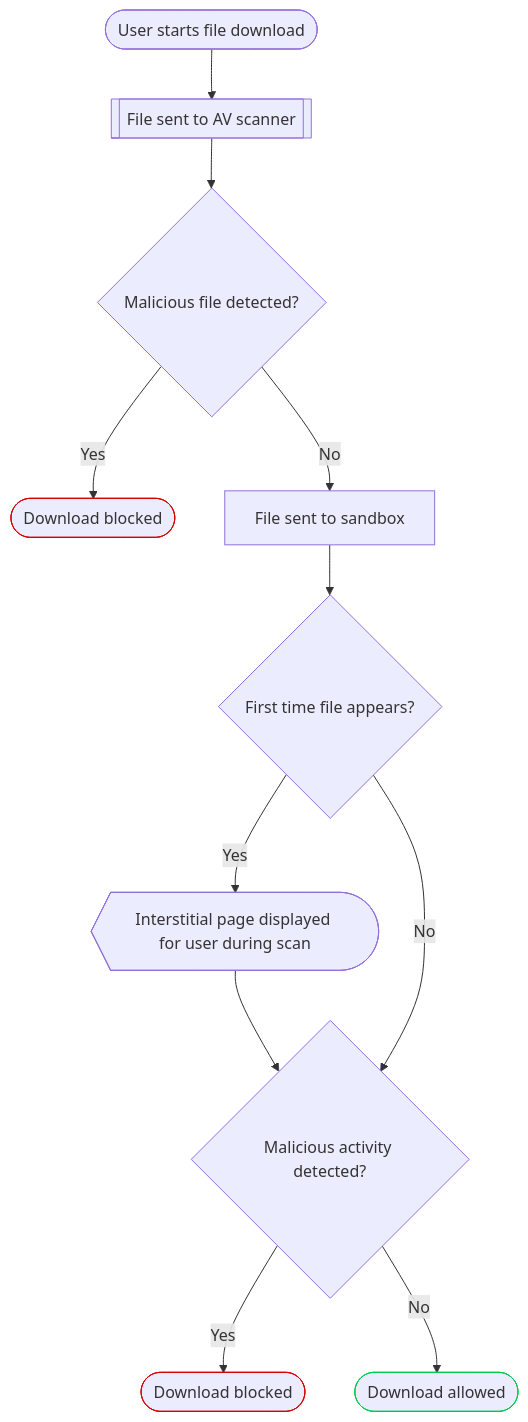
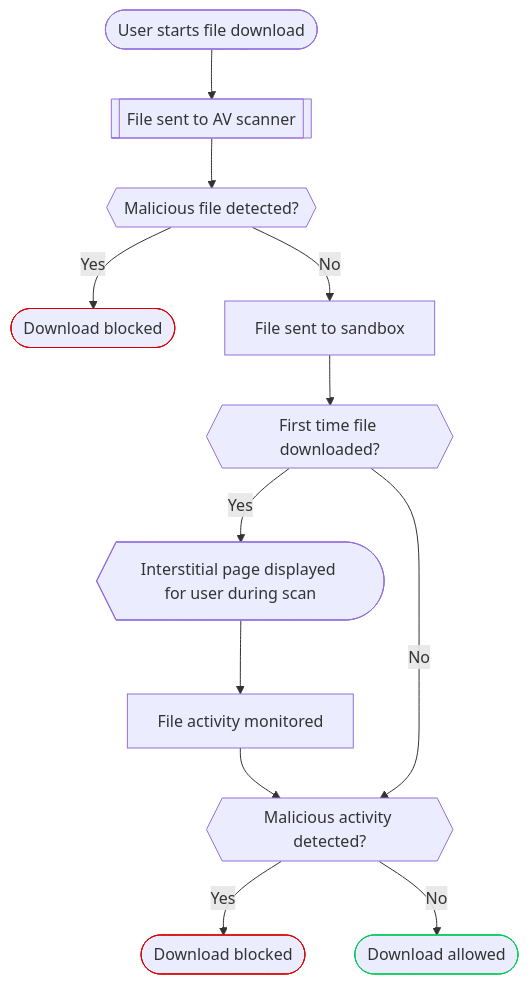
One commit to naourass/cloudflare-docs changed the diagram in src/content/docs/cloudflare-one/policies/gateway/http-policies/file-sandboxing.mdx. Above: the diagram before and after it, drawn with Mermaid. The commit also changed other lines of this file, not shown here.

Commit message:
Improve text procedure

````diff
--- a/src/content/docs/cloudflare-one/policies/gateway/http-policies/file-sandboxing.mdx
+++ b/src/content/docs/cloudflare-one/policies/gateway/http-policies/file-sandboxing.mdx
@@ -18,25 +20,27 @@
 ```mermaid
 flowchart TD
     A(["User starts file download"]) --> B["File sent to AV scanner"]
     B --> C["Malicious file detected?"]
     C -- Yes --> D["Download blocked"]
     C -- No --> G["File sent to sandbox"]
-    G --> n1["First time file appears?"]
+    G --> n1["First time file downloaded?"]
     K["Malicious activity detected?"] -- Yes --> N["Download blocked"]
     K -- No --> n3["Download allowed"]
-    n1 -- Yes --> n2["Interstitial page displayed for user during scan"]
-    n2 --> K
+    n2["Interstitial page displayed for user during scan"] --> n4["File activity monitored"]
+    n1 -- Yes --> n2
+    n4 --> K
     n1 -- No --> K
 
     B@{ shape: subproc}
-    C@{ shape: diam}
+    C@{ shape: hex}
     D@{ shape: terminal}
-    n1@{ shape: diam}
-    K@{ shape: diam}
+    n1@{ shape: hex}
+    K@{ shape: hex}
     N@{ shape: terminal}
     n3@{ shape: terminal}
     n2@{ shape: display}
+    n4@{ shape: rect}
     style D stroke:#D50000
     style N stroke:#D50000
     style n3 stroke:#00C853
 ```
````
